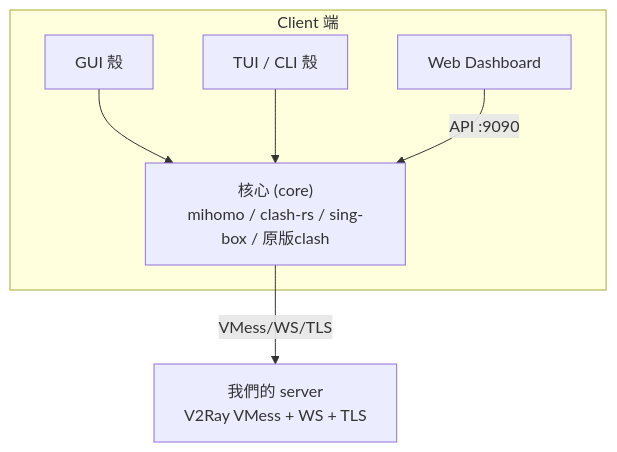
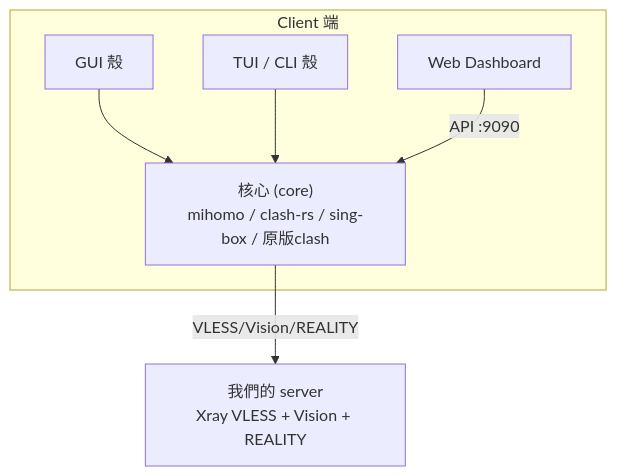
Before and after one commit to daviddwlee84/DockerCompose-V2Ray: the diagram in docs/clash/Clients.md, drawn with Mermaid. The commit also changed 55 other files, not shown here.

First line of the commit message:
Default to VLESS + XTLS-Vision + REALITY on Xray-core

````diff
--- a/docs/clash/Clients.md
+++ b/docs/clash/Clients.md
@@ -10,17 +10,17 @@
 ```mermaid
 flowchart TD
-  server["我們的 server<br/>V2Ray VMess + WS + TLS"]
+  server["我們的 server<br/>Xray VLESS + Vision + REALITY"]
 
   subgraph clientside [Client 端]
     core["核心 (core)<br/>mihomo / clash-rs / sing-box / 原版clash"]
     gui["GUI 殼"]
     tui["TUI / CLI 殼"]
     dash["Web Dashboard"]
 
     gui --> core
     tui --> core
     dash -->|"API :9090"| core
   end
 
-  core -->|VMess/WS/TLS| server
+  core -->|VLESS/Vision/REALITY| server
 ```
````
